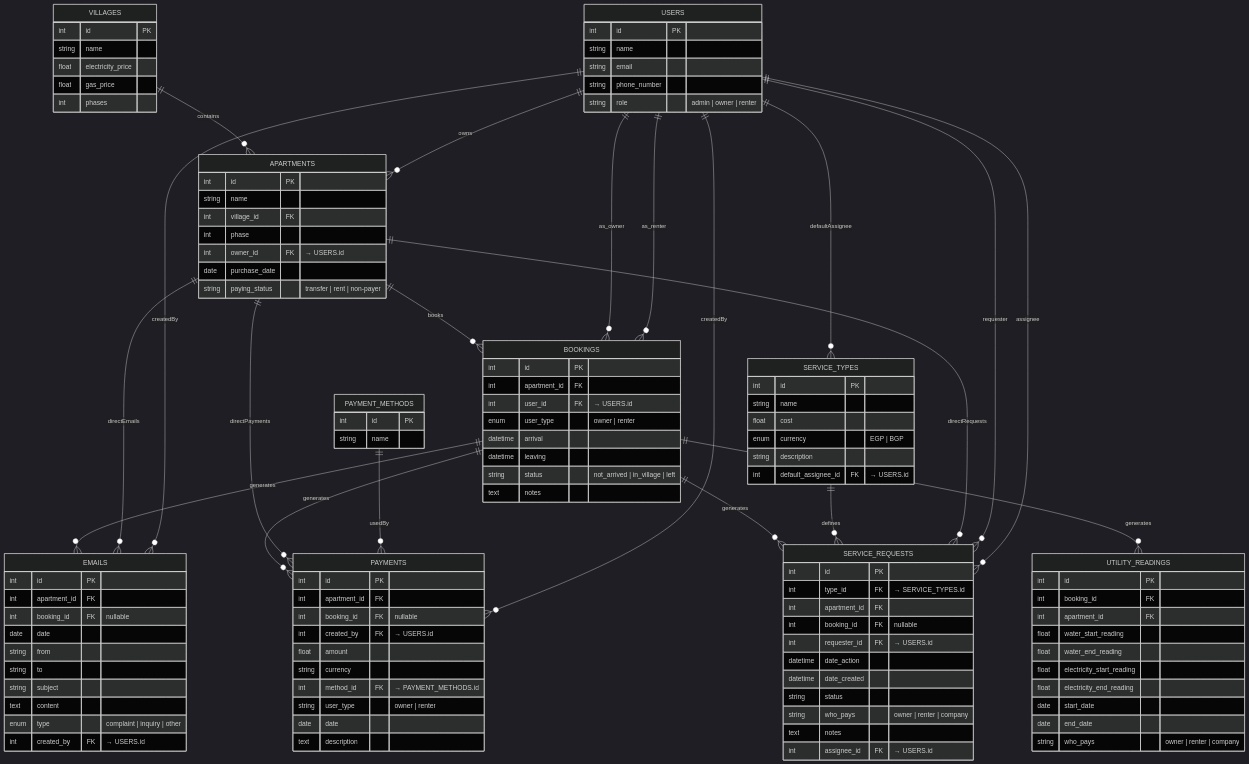
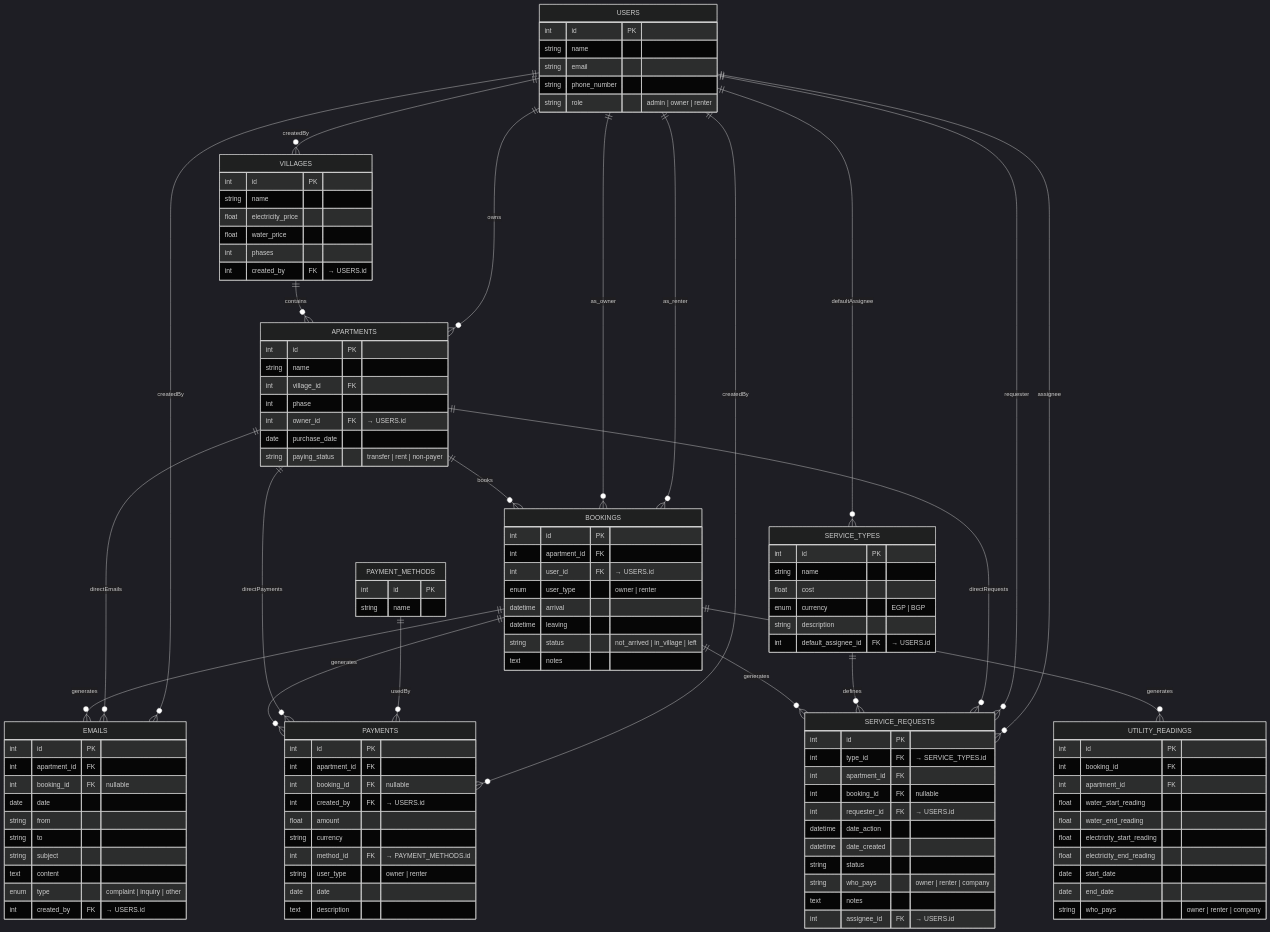
Before and after one commit to Apolo151/tourist-village-app: the diagram in docs/ERD.md, drawn with Mermaid (dark theme).

Commit message:
update ERD

```diff
--- a/docs/ERD.md
+++ b/docs/ERD.md
@@ -6,8 +6,9 @@
         int    id PK
         string name
         float  electricity_price
-        float  gas_price
+        float  water_price
         int    phases
+        int    created_by FK "→ USERS.id"
     }
     USERS {
         int    id PK
@@ -114,6 +115,7 @@
     PAYMENT_METHODS ||--o{ PAYMENTS     : usedBy
     
     %% Missing foreign key relationships
+    USERS    ||--o{ VILLAGES          : createdBy
     USERS    ||--o{ SERVICE_TYPES     : defaultAssignee
     USERS    ||--o{ SERVICE_REQUESTS  : requester
     USERS    ||--o{ SERVICE_REQUESTS  : assignee
```
